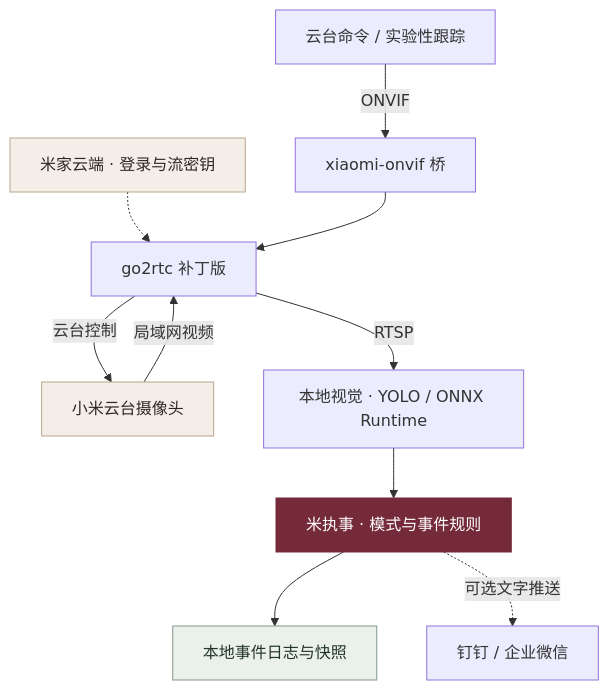
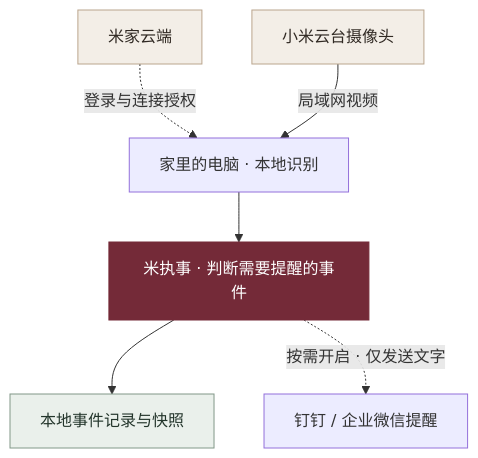
One commit to JuneYaooo/caregiving-eye changed the diagram in README.md. Above: the diagram before and after it, drawn with Mermaid. The commit also changed other lines of this file and 2 other files, not shown here.

````diff
--- a/README.md
+++ b/README.md
@@ -90,17 +83,13 @@
 ```mermaid
 flowchart TD
-    cloud[米家云端 · 登录与流密钥] -.-> stream[go2rtc 补丁版]
-    camera[小米云台摄像头] -->|局域网视频| stream
-    stream -->|RTSP| vision[本地视觉 · YOLO / ONNX Runtime]
-    vision --> butler[米执事 · 模式与事件规则]
-    butler --> local[本地事件日志与快照]
-    butler -.->|可选文字推送| webhook[钉钉 / 企业微信]
-    client[云台命令 / 实验性跟踪] -->|ONVIF| bridge[xiaomi-onvif 桥]
-    bridge --> stream
-    stream -->|云台控制| camera
+    cloud[米家云端] -.->|登录与连接授权| vision[家里的电脑 · 本地识别]
+    camera[小米云台摄像头] -->|局域网视频| vision
+    vision --> butler[米执事 · 判断需要提醒的事件]
+    butler --> local[本地事件记录与快照]
+    butler -.->|按需开启 · 仅发送文字| webhook[钉钉 / 企业微信提醒]
 
     style cloud fill:#F3EEE7,stroke:#BAA58D,color:#302923
     style camera fill:#F3EEE7,stroke:#BAA58D,color:#302923
     style butler fill:#742A38,stroke:#742A38,color:#FFFFFF
     style local fill:#EAF0EB,stroke:#819888,color:#23352B
 ```
````
